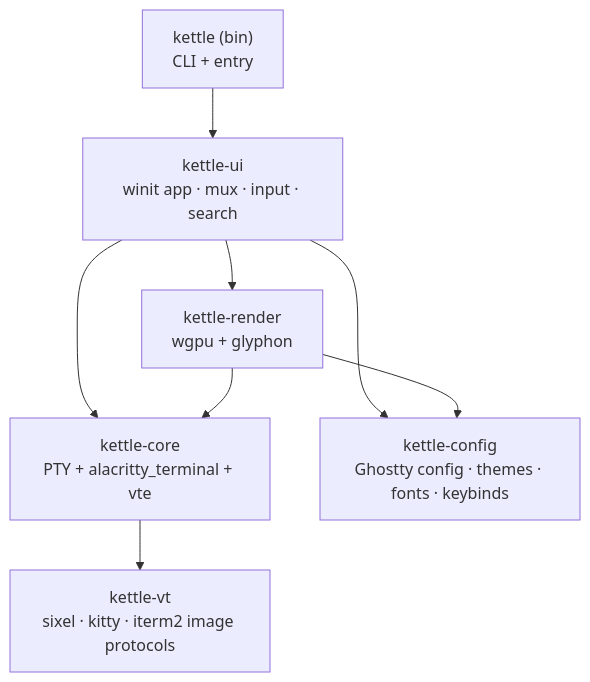
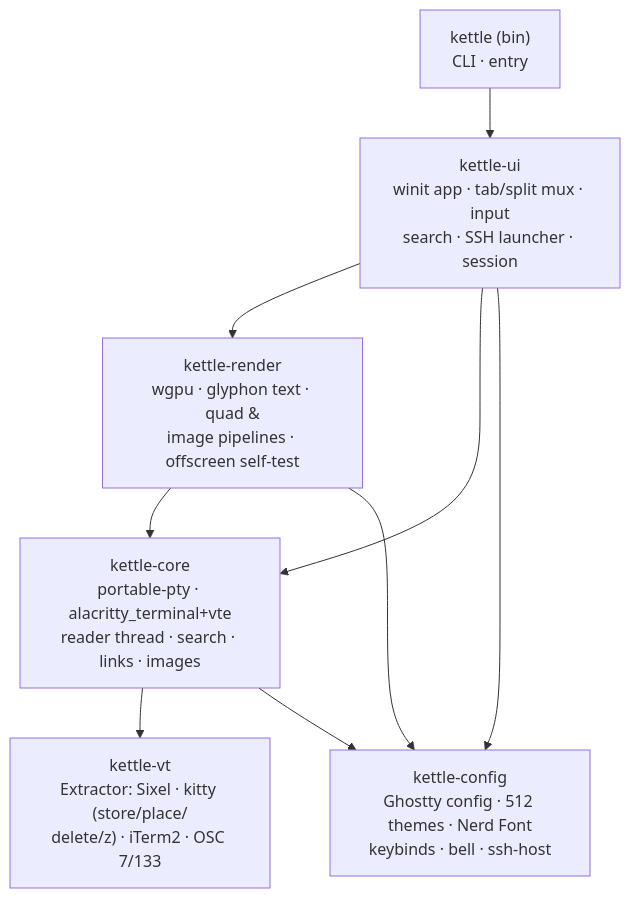
Before and after one commit to Reddimus/kettle: the first of 2 diagrams in docs/ARCHITECTURE.md, drawn with Mermaid. The commit also changed other lines of this file and 2 other files, not shown here.

First line of the commit message:
docs: refresh ARCHITECTURE for the extractor/side-channels + add CHANGELOG

````diff
--- a/docs/ARCHITECTURE.md
+++ b/docs/ARCHITECTURE.md
@@ -8,12 +10,13 @@
 ```mermaid
 graph TD
-    bin["kettle (bin)\nCLI + entry"] --> ui
-    ui["kettle-ui\nwinit app · mux · input · search"] --> render
+    bin["kettle (bin)<br/>CLI · entry"] --> ui
+    ui["kettle-ui<br/>winit app · tab/split mux · input<br/>search · SSH launcher · session"] --> render
     ui --> core
     ui --> cfg
-    render["kettle-render\nwgpu + glyphon"] --> core
+    render["kettle-render<br/>wgpu · glyphon text · quad &<br/>image pipelines · offscreen self-test"] --> core
     render --> cfg
-    core["kettle-core\nPTY + alacritty_terminal + vte"] --> vt
-    cfg["kettle-config\nGhostty config · themes · fonts · keybinds"]
-    vt["kettle-vt\nsixel · kitty · iterm2 image protocols"]
+    core["kettle-core<br/>portable-pty · alacritty_terminal+vte<br/>reader thread · search · links · images"] --> vt
+    core --> cfg
+    cfg["kettle-config<br/>Ghostty config · 512 themes · Nerd Font<br/>keybinds · bell · ssh-host"]
+    vt["kettle-vt<br/>Extractor: Sixel · kitty (store/place/<br/>delete/z) · iTerm2 · OSC 7/133"]
 ```
````
